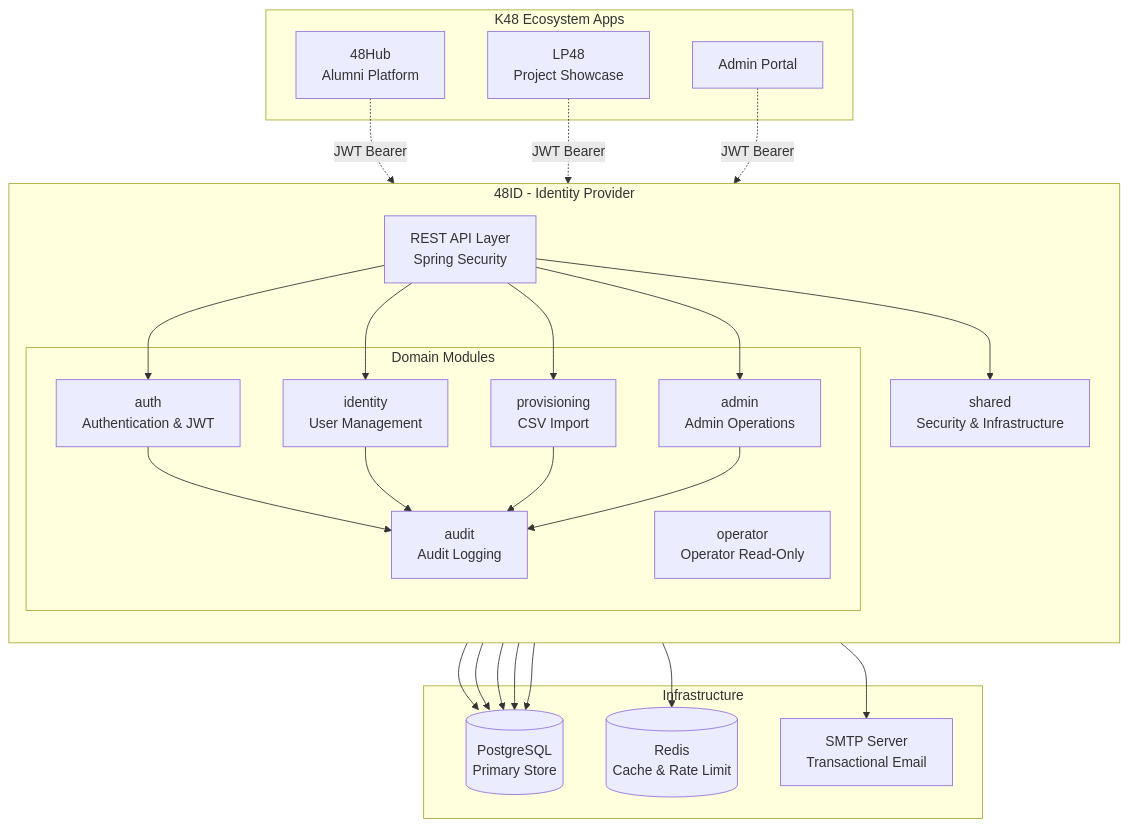
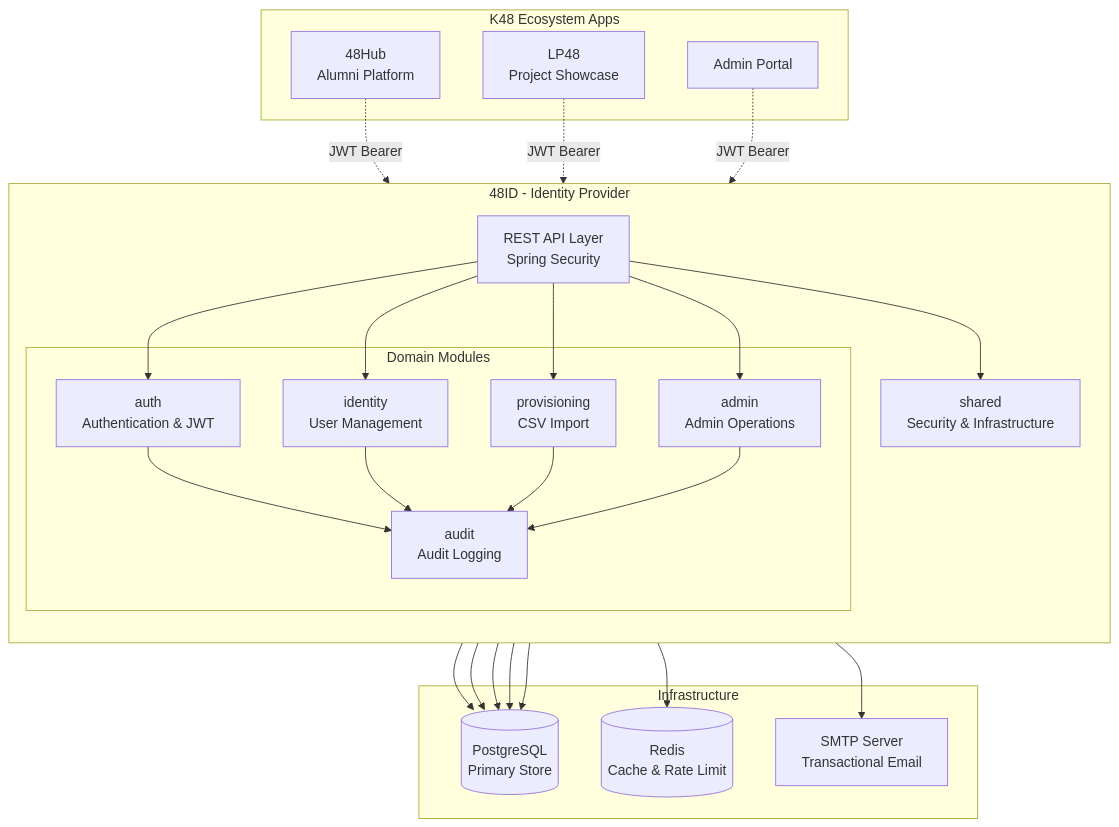
Before and after one commit to mrvin100/48id: the first of 6 diagrams in docs/guide/architecture.md, drawn with Mermaid. The commit also changed other lines of this file and 200 other files, not shown here.

````diff
--- a/docs/guide/architecture.md
+++ b/docs/guide/architecture.md
@@ -7,54 +7,53 @@
 ```mermaid
 graph TB
     subgraph "K48 Ecosystem Apps"
         Hub[48Hub<br/>Alumni Platform]
         LP[LP48<br/>Project Showcase]
         Admin[Admin Portal]
     end
 
     subgraph "48ID - Identity Provider"
         direction TB
         API[REST API Layer<br/>Spring Security]
         
         subgraph "Domain Modules"
             Auth[auth<br/>Authentication & JWT]
             Identity[identity<br/>User Management]
             Provisioning[provisioning<br/>CSV Import]
             AdminMod[admin<br/>Admin Operations]
-            Operator[operator<br/>Operator Read-Only]
             Audit[audit<br/>Audit Logging]
         end
         
         Shared[shared<br/>Security & Infrastructure]
     end
 
     subgraph "Infrastructure"
         PG[(PostgreSQL<br/>Primary Store)]
         Redis[(Redis<br/>Cache & Rate Limit)]
         SMTP[SMTP Server<br/>Transactional Email]
     end
 
     Hub -.->|JWT Bearer| API
     LP -.->|JWT Bearer| API
     Admin -.->|JWT Bearer| API
     
     API --> Auth
     API --> Identity
     API --> Provisioning
     API --> AdminMod
     
     Auth --> Audit
     Identity --> Audit
     Provisioning --> Audit
     AdminMod --> Audit
     
     Auth --> PG
     Identity --> PG
     Provisioning --> PG
     AdminMod --> PG
     Audit --> PG
     
     API --> Redis
     Auth --> SMTP
     API --> Shared
 ```
````
